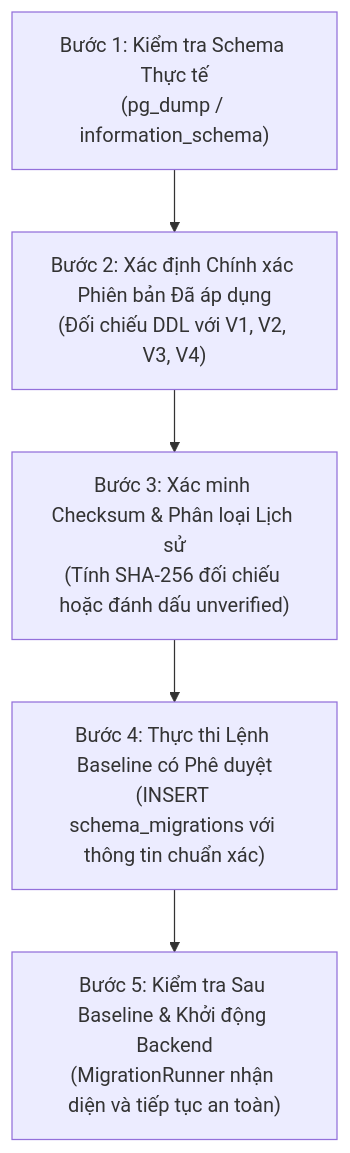
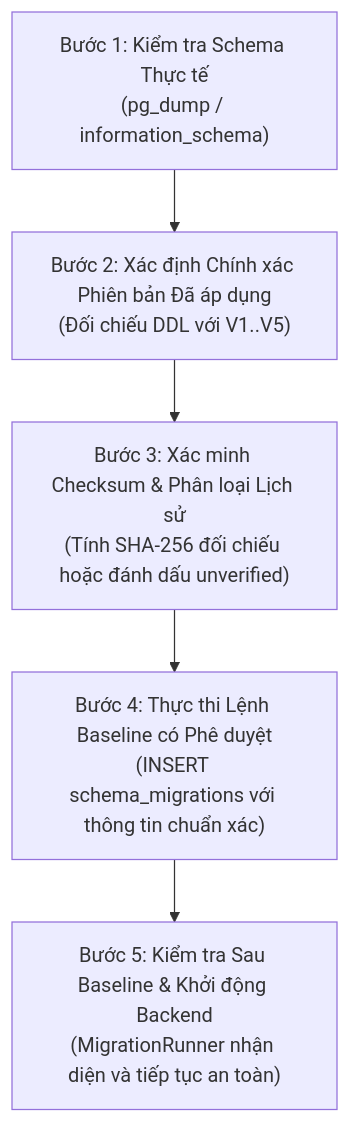
The diagram in docs/database/OPERATIONAL-BASELINE-GUIDE.md (HoangNam2464/EduBranch-AI), drawn with Mermaid before and after one commit. The commit also changed other lines of this file and 93 other files, not shown here.

Commit message:
docs(governance): standardize documentation, naming, and target architecture

````diff
--- a/docs/database/OPERATIONAL-BASELINE-GUIDE.md
+++ b/docs/database/OPERATIONAL-BASELINE-GUIDE.md
@@ -15,7 +17,7 @@
 ```mermaid
 flowchart TD
-    Step1["Bước 1: Kiểm tra Schema Thực tế<br>(pg_dump / information_schema)"] --> Step2["Bước 2: Xác định Chính xác Phiên bản Đã áp dụng<br>(Đối chiếu DDL với V1, V2, V3, V4)"]
-    Step2 --> Step3["Bước 3: Xác minh Checksum & Phân loại Lịch sử<br>(Tính SHA-256 đối chiếu hoặc đánh dấu unverified)"]
-    Step3 --> Step4["Bước 4: Thực thi Lệnh Baseline có Phê duyệt<br>(INSERT schema_migrations với thông tin chuẩn xác)"]
-    Step4 --> Step5["Bước 5: Kiểm tra Sau Baseline & Khởi động Backend<br>(MigrationRunner nhận diện và tiếp tục an toàn)"]
+    Step1["Bước 1: Kiểm tra Schema Thực tế\n(pg_dump / information_schema)"] --> Step2["Bước 2: Xác định Chính xác Phiên bản Đã áp dụng\n(Đối chiếu DDL với V1..V5)"]
+    Step2 --> Step3["Bước 3: Xác minh Checksum & Phân loại Lịch sử\n(Tính SHA-256 đối chiếu hoặc đánh dấu unverified)"]
+    Step3 --> Step4["Bước 4: Thực thi Lệnh Baseline có Phê duyệt\n(INSERT schema_migrations với thông tin chuẩn xác)"]
+    Step4 --> Step5["Bước 5: Kiểm tra Sau Baseline & Khởi động Backend\n(MigrationRunner nhận diện và tiếp tục an toàn)"]
 ```
````
